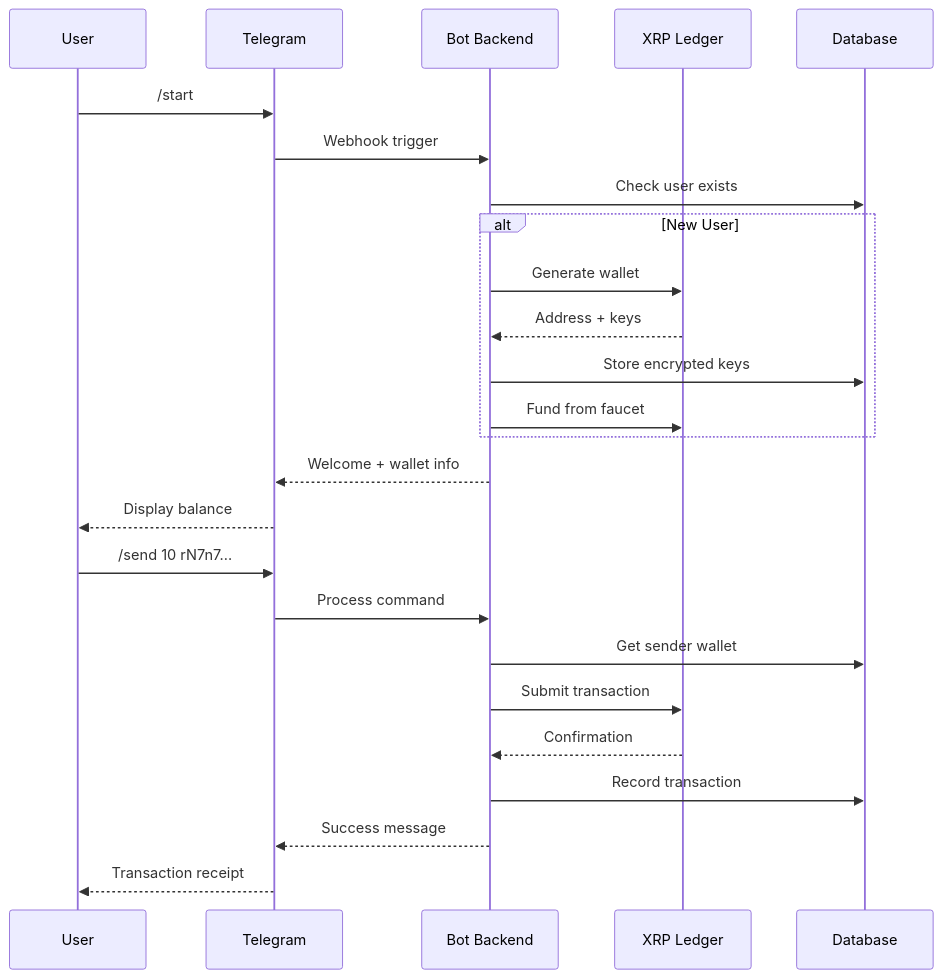
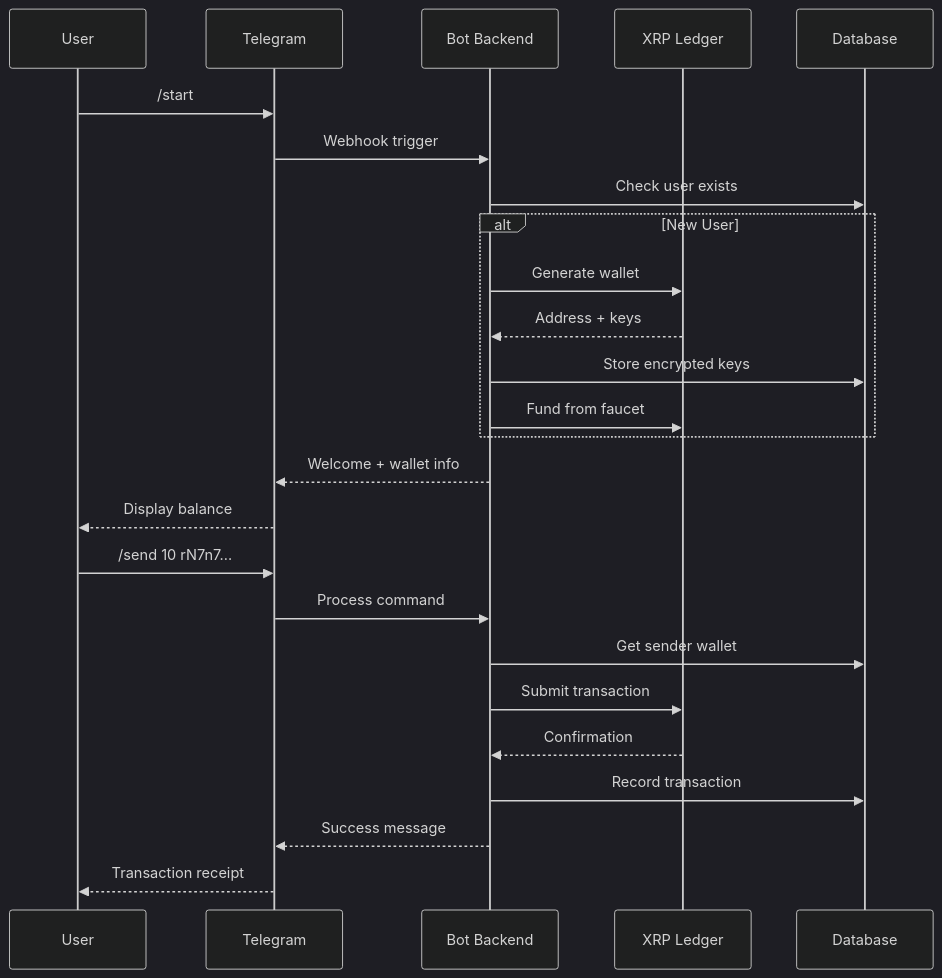
Before and after one commit to FSE-Class-Project/xrp-telegram-bot: the third of 7 diagrams in presentation/xrp-telegram-bot-presentation.qmd, drawn with Mermaid. The commit also changed other lines of this file and 2 other files, not shown here.

````diff
--- a/presentation/xrp-telegram-bot-presentation.qmd
+++ b/presentation/xrp-telegram-bot-presentation.qmd
@@ -289,30 +294,30 @@
 ```{mermaid}
-%%{init: {'theme': 'default', 'themeVariables': {'fontSize': '16px'}}}%%
+%%{init: {'theme': 'dark', 'themeVariables': {'fontSize': '14px'}}}%%
 sequenceDiagram
     participant U as User
     participant T as Telegram
     participant B as Bot Backend
     participant X as XRP Ledger
     participant D as Database
 
     U->>T: /start
     T->>B: Webhook trigger
     B->>D: Check user exists
     alt New User
         B->>X: Generate wallet
         X-->>B: Address + keys
         B->>D: Store encrypted keys
         B->>X: Fund from faucet
     end
     B-->>T: Welcome + wallet info
     T-->>U: Display balance
 
     U->>T: /send 10 rN7n7...
     T->>B: Process command
     B->>D: Get sender wallet
     B->>X: Submit transaction
     X-->>B: Confirmation
     B->>D: Record transaction
     B-->>T: Success message
     T-->>U: Transaction receipt
 ```
````
